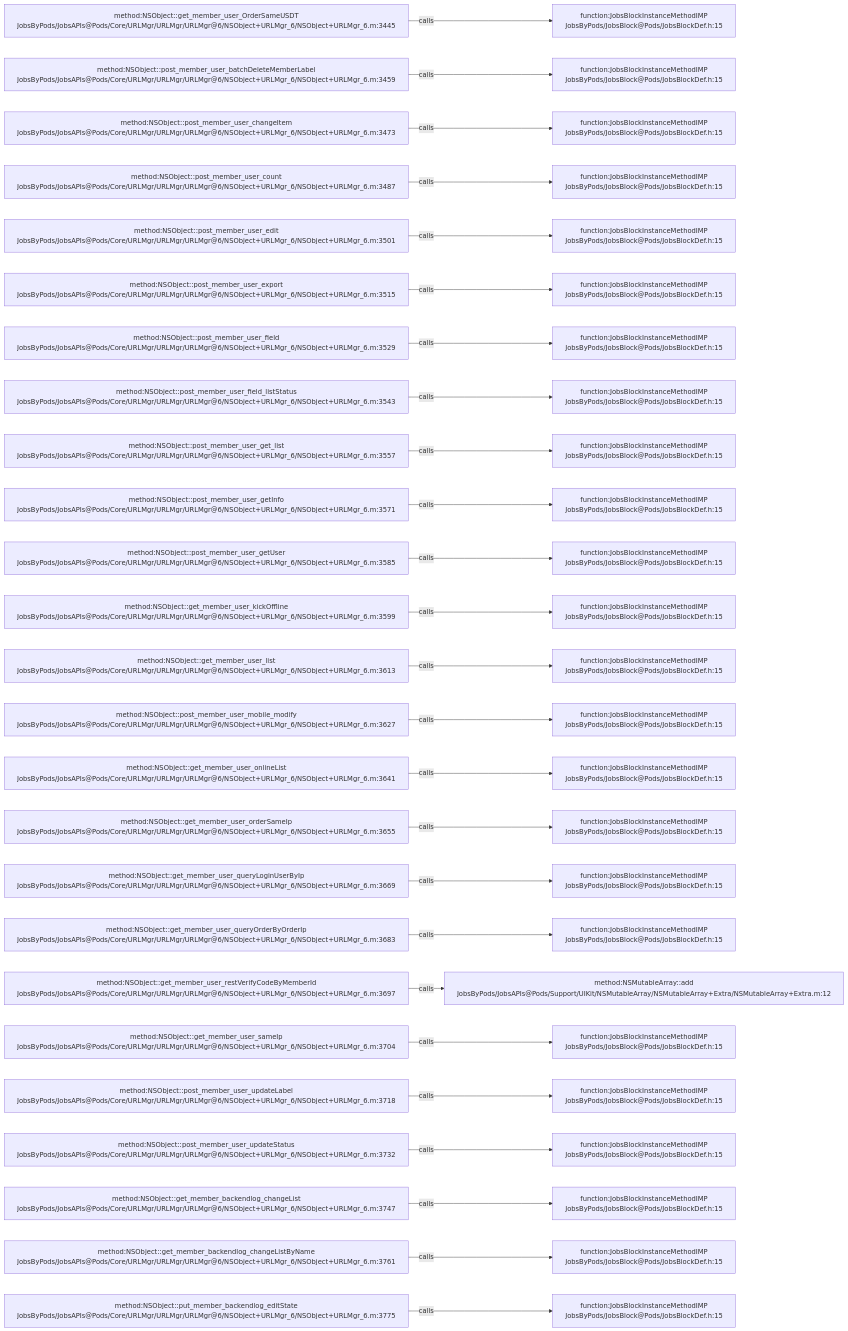
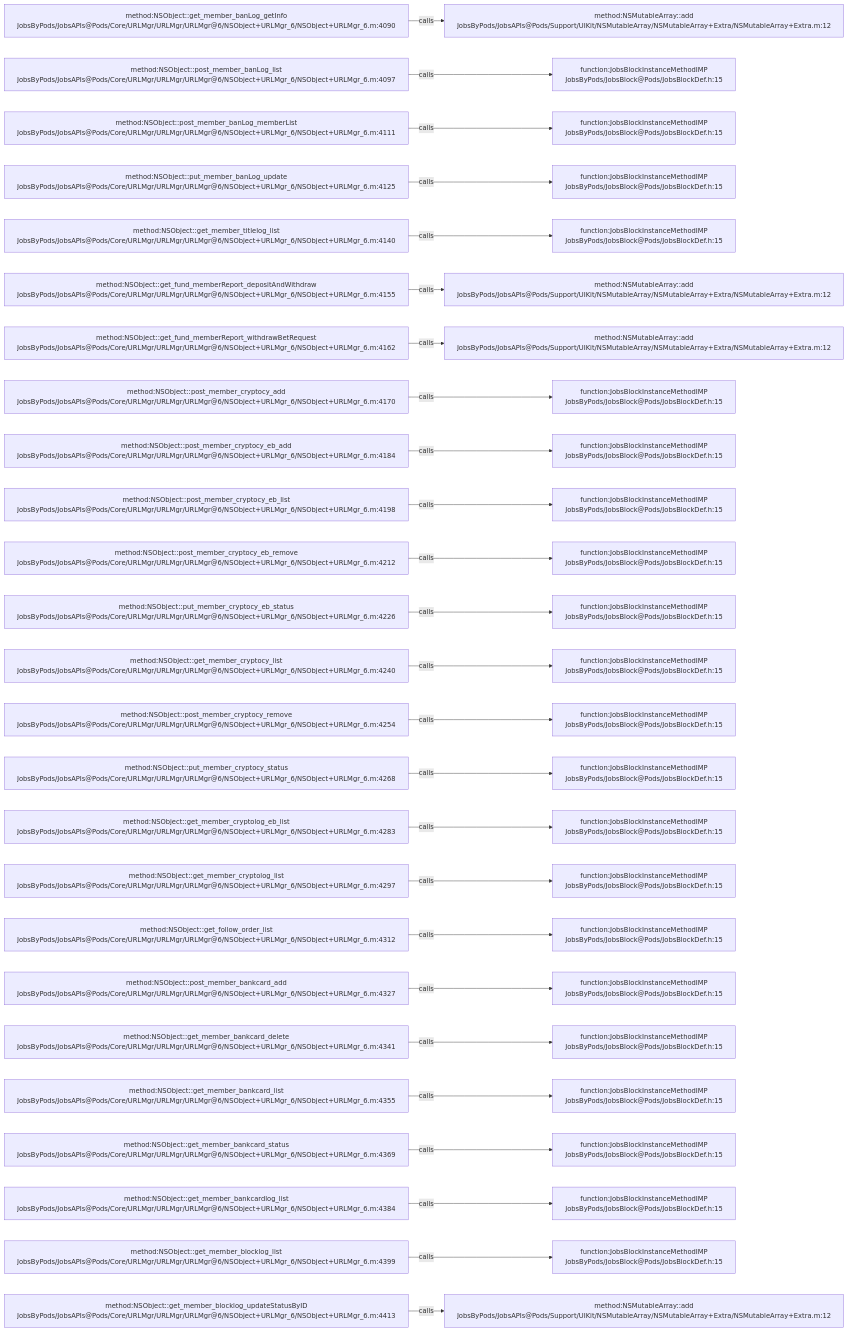
Before and after one commit to JobsKits/JobsOCBaseConfigDemo: the diagram in .codegraph/codegraph.md/graphs/calls-077.md, drawn with Mermaid. The commit also changed 223 other files, not shown here.

````diff
--- a/.codegraph/codegraph.md/graphs/calls-077.md
+++ b/.codegraph/codegraph.md/graphs/calls-077.md
@@ -13,78 +13,78 @@
 ```mermaid
 flowchart LR
-  S1["method:NSObject::get_member_user_OrderSameUSDT<br/>JobsByPods/JobsAPIs@Pods/Core/URLMgr/URLMgr/URLMgr@6/NSObject+URLMgr_6/NSObject+URLMgr_6.m:3445"]
-  T1["function:JobsBlockInstanceMethodIMP<br/>JobsByPods/JobsBlock@Pods/JobsBlockDef.h:15"]
+  S1["method:NSObject::get_member_banLog_getInfo<br/>JobsByPods/JobsAPIs@Pods/Core/URLMgr/URLMgr/URLMgr@6/NSObject+URLMgr_6/NSObject+URLMgr_6.m:4090"]
+  T1["method:NSMutableArray::add<br/>JobsByPods/JobsAPIs@Pods/Support/UIKit/NSMutableArray/NSMutableArray+Extra/NSMutableArray+Extra.m:12"]
   S1 -->|calls| T1
-  S2["method:NSObject::post_member_user_batchDeleteMemberLabel<br/>JobsByPods/JobsAPIs@Pods/Core/URLMgr/URLMgr/URLMgr@6/NSObject+URLMgr_6/NSObject+URLMgr_6.m:3459"]
+  S2["method:NSObject::post_member_banLog_list<br/>JobsByPods/JobsAPIs@Pods/Core/URLMgr/URLMgr/URLMgr@6/NSObject+URLMgr_6/NSObject+URLMgr_6.m:4097"]
   T2["function:JobsBlockInstanceMethodIMP<br/>JobsByPods/JobsBlock@Pods/JobsBlockDef.h:15"]
   S2 -->|calls| T2
-  S3["method:NSObject::post_member_user_changeItem<br/>JobsByPods/JobsAPIs@Pods/Core/URLMgr/URLMgr/URLMgr@6/NSObject+URLMgr_6/NSObject+URLMgr_6.m:3473"]
+  S3["method:NSObject::post_member_banLog_memberList<br/>JobsByPods/JobsAPIs@Pods/Core/URLMgr/URLMgr/URLMgr@6/NSObject+URLMgr_6/NSObject+URLMgr_6.m:4111"]
   T3["function:JobsBlockInstanceMethodIMP<br/>JobsByPods/JobsBlock@Pods/JobsBlockDef.h:15"]
   S3 -->|calls| T3
-  S4["method:NSObject::post_member_user_count<br/>JobsByPods/JobsAPIs@Pods/Core/URLMgr/URLMgr/URLMgr@6/NSObject+URLMgr_6/NSObject+URLMgr_6.m:3487"]
+  S4["method:NSObject::put_member_banLog_update<br/>JobsByPods/JobsAPIs@Pods/Core/URLMgr/URLMgr/URLMgr@6/NSObject+URLMgr_6/NSObject+URLMgr_6.m:4125"]
   T4["function:JobsBlockInstanceMethodIMP<br/>JobsByPods/JobsBlock@Pods/JobsBlockDef.h:15"]
   S4 -->|calls| T4
-  S5["method:NSObject::post_member_user_edit<br/>JobsByPods/JobsAPIs@Pods/Core/URLMgr/URLMgr/URLMgr@6/NSObject+URLMgr_6/NSObject+URLMgr_6.m:3501"]
+  S5["method:NSObject::get_member_titlelog_list<br/>JobsByPods/JobsAPIs@Pods/Core/URLMgr/URLMgr/URLMgr@6/NSObject+URLMgr_6/NSObject+URLMgr_6.m:4140"]
   T5["function:JobsBlockInstanceMethodIMP<br/>JobsByPods/JobsBlock@Pods/JobsBlockDef.h:15"]
   S5 -->|calls| T5
-  S6["method:NSObject::post_member_user_export<br/>JobsByPods/JobsAPIs@Pods/Core/URLMgr/URLMgr/URLMgr@6/NSObject+URLMgr_6/NSObject+URLMgr_6.m:3515"]
-  T6["function:JobsBlockInstanceMethodIMP<br/>JobsByPods/JobsBlock@Pods/JobsBlockDef.h:15"]
+  S6["method:NSObject::get_fund_memberReport_depositAndWithdraw<br/>JobsByPods/JobsAPIs@Pods/Core/URLMgr/URLMgr/URLMgr@6/NSObject+URLMgr_6/NSObject+URLMgr_6.m:4155"]
+  T6["method:NSMutableArray::add<br/>JobsByPods/JobsAPIs@Pods/Support/UIKit/NSMutableArray/NSMutableArray+Extra/NSMutableArray+Extra.m:12"]
   S6 -->|calls| T6
-  S7["method:NSObject::post_member_user_field<br/>JobsByPods/JobsAPIs@Pods/Core/URLMgr/URLMgr/URLMgr@6/NSObject+URLMgr_6/NSObject+URLMgr_6.m:3529"]
-  T7["function:JobsBlockInstanceMethodIMP<br/>JobsByPods/JobsBlock@Pods/JobsBlockDef.h:15"]
+  S7["method:NSObject::get_fund_memberReport_withdrawBetRequest<br/>JobsByPods/JobsAPIs@Pods/Core/URLMgr/URLMgr/URLMgr@6/NSObject+URLMgr_6/NSObject+URLMgr_6.m:4162"]
+  T7["method:NSMutableArray::add<br/>JobsByPods/JobsAPIs@Pods/Support/UIKit/NSMutableArray/NSMutableArray+Extra/NSMutableArray+Extra.m:12"]
   S7 -->|calls| T7
-  S8["method:NSObject::post_member_user_field_listStatus<br/>JobsByPods/JobsAPIs@Pods/Core/URLMgr/URLMgr/URLMgr@6/NSObject+URLMgr_6/NSObject+URLMgr_6.m:3543"]
+  S8["method:NSObject::post_member_cryptocy_add<br/>JobsByPods/JobsAPIs@Pods/Core/URLMgr/URLMgr/URLMgr@6/NSObject+URLMgr_6/NSObject+URLMgr_6.m:4170"]
   T8["function:JobsBlockInstanceMethodIMP<br/>JobsByPods/JobsBlock@Pods/JobsBlockDef.h:15"]
   S8 -->|calls| T8
-  S9["method:NSObject::post_member_user_get_list<br/>JobsByPods/JobsAPIs@Pods/Core/URLMgr/URLMgr/URLMgr@6/NSObject+URLMgr_6/NSObject+URLMgr_6.m:3557"]
+  S9["method:NSObject::post_member_cryptocy_eb_add<br/>JobsByPods/JobsAPIs@Pods/Core/URLMgr/URLMgr/URLMgr@6/NSObject+URLMgr_6/NSObject+URLMgr_6.m:4184"]
   T9["function:JobsBlockInstanceMethodIMP<br/>JobsByPods/JobsBlock@Pods/JobsBlockDef.h:15"]
   S9 -->|calls| T9
-  S10["method:NSObject::post_member_user_getInfo<br/>JobsByPods/JobsAPIs@Pods/Core/URLMgr/URLMgr/URLMgr@6/NSObject+URLMgr_6/NSObject+URLMgr_6.m:3571"]
+  S10["method:NSObject::post_member_cryptocy_eb_list<br/>JobsByPods/JobsAPIs@Pods/Core/URLMgr/URLMgr/URLMgr@6/NSObject+URLMgr_6/NSObject+URLMgr_6.m:4198"]
   T10["function:JobsBlockInstanceMethodIMP<br/>JobsByPods/JobsBlock@Pods/JobsBlockDef.h:15"]
   S10 -->|calls| T10
-  S11["method:NSObject::post_member_user_getUser<br/>JobsByPods/JobsAPIs@Pods/Core/URLMgr/URLMgr/URLMgr@6/NSObject+URLMgr_6/NSObject+URLMgr_6.m:3585"]
+  S11["method:NSObject::post_member_cryptocy_eb_remove<br/>JobsByPods/JobsAPIs@Pods/Core/URLMgr/URLMgr/URLMgr@6/NSObject+URLMgr_6/NSObject+URLMgr_6.m:4212"]
   T11["function:JobsBlockInstanceMethodIMP<br/>JobsByPods/JobsBlock@Pods/JobsBlockDef.h:15"]
   S11 -->|calls| T11
-  S12["method:NSObject::get_member_user_kickOffline<br/>JobsByPods/JobsAPIs@Pods/Core/URLMgr/URLMgr/URLMgr@6/NSObject+URLMgr_6/NSObject+URLMgr_6.m:3599"]
+  S12["method:NSObject::put_member_cryptocy_eb_status<br/>JobsByPods/JobsAPIs@Pods/Core/URLMgr/URLMgr/URLMgr@6/NSObject+URLMgr_6/NSObject+URLMgr_6.m:4226"]
   T12["function:JobsBlockInstanceMethodIMP<br/>JobsByPods/JobsBlock@Pods/JobsBlockDef.h:15"]
   S12 -->|calls| T12
-  S13["method:NSObject::get_member_user_list<br/>JobsByPods/JobsAPIs@Pods/Core/URLMgr/URLMgr/URLMgr@6/NSObject+URLMgr_6/NSObject+URLMgr_6.m:3613"]
+  S13["method:NSObject::get_member_cryptocy_list<br/>JobsByPods/JobsAPIs@Pods/Core/URLMgr/URLMgr/URLMgr@6/NSObject+URLMgr_6/NSObject+URLMgr_6.m:4240"]
   T13["function:JobsBlockInstanceMethodIMP<br/>JobsByPods/JobsBlock@Pods/JobsBlockDef.h:15"]
   S13 -->|calls| T13
-  S14["method:NSObject::post_member_user_mobile_modify<br/>JobsByPods/JobsAPIs@Pods/Core/URLMgr/URLMgr/URLMgr@6/NSObject+URLMgr_6/NSObject+URLMgr_6.m:3627"]
+  S14["method:NSObject::post_member_cryptocy_remove<br/>JobsByPods/JobsAPIs@Pods/Core/URLMgr/URLMgr/URLMgr@6/NSObject+URLMgr_6/NSObject+URLMgr_6.m:4254"]
   T14["function:JobsBlockInstanceMethodIMP<br/>JobsByPods/JobsBlock@Pods/JobsBlockDef.h:15"]
   S14 -->|calls| T14
-  S15["method:NSObject::get_member_user_onlineList<br/>JobsByPods/JobsAPIs@Pods/Core/URLMgr/URLMgr/URLMgr@6/NSObject+URLMgr_6/NSObject+URLMgr_6.m:3641"]
+  S15["method:NSObject::put_member_cryptocy_status<br/>JobsByPods/JobsAPIs@Pods/Core/URLMgr/URLMgr/URLMgr@6/NSObject+URLMgr_6/NSObject+URLMgr_6.m:4268"]
   T15["function:JobsBlockInstanceMethodIMP<br/>JobsByPods/JobsBlock@Pods/JobsBlockDef.h:15"]
   S15 -->|calls| T15
-  S16["method:NSObject::get_member_user_orderSameIp<br/>JobsByPods/JobsAPIs@Pods/Core/URLMgr/URLMgr/URLMgr@6/NSObject+URLMgr_6/NSObject+URLMgr_6.m:3655"]
+  S16["method:NSObject::get_member_cryptolog_eb_list<br/>JobsByPods/JobsAPIs@Pods/Core/URLMgr/URLMgr/URLMgr@6/NSObject+URLMgr_6/NSObject+URLMgr_6.m:4283"]
   T16["function:JobsBlockInstanceMethodIMP<br/>JobsByPods/JobsBlock@Pods/JobsBlockDef.h:15"]
   S16 -->|calls| T16
-  S17["method:NSObject::get_member_user_queryLoginUserByIp<br/>JobsByPods/JobsAPIs@Pods/Core/URLMgr/URLMgr/URLMgr@6/NSObject+URLMgr_6/NSObject+URLMgr_6.m:3669"]
+  S17["method:NSObject::get_member_cryptolog_list<br/>JobsByPods/JobsAPIs@Pods/Core/URLMgr/URLMgr/URLMgr@6/NSObject+URLMgr_6/NSObject+URLMgr_6.m:4297"]
   T17["function:JobsBlockInstanceMethodIMP<br/>JobsByPods/JobsBlock@Pods/JobsBlockDef.h:15"]
   S17 -->|calls| T17
-  S18["method:NSObject::get_member_user_queryOrderByOrderIp<br/>JobsByPods/JobsAPIs@Pods/Core/URLMgr/URLMgr/URLMgr@6/NSObject+URLMgr_6/NSObject+URLMgr_6.m:3683"]
+  S18["method:NSObject::get_follow_order_list<br/>JobsByPods/JobsAPIs@Pods/Core/URLMgr/URLMgr/URLMgr@6/NSObject+URLMgr_6/NSObject+URLMgr_6.m:4312"]
   T18["function:JobsBlockInstanceMethodIMP<br/>JobsByPods/JobsBlock@Pods/JobsBlockDef.h:15"]
   S18 -->|calls| T18
-  S19["method:NSObject::get_member_user_restVerifyCodeByMemberId<br/>JobsByPods/JobsAPIs@Pods/Core/URLMgr/URLMgr/URLMgr@6/NSObject+URLMgr_6/NSObject+URLMgr_6.m:3697"]
-  T19["method:NSMutableArray::add<br/>JobsByPods/JobsAPIs@Pods/Support/UIKit/NSMutableArray/NSMutableArray+Extra/NSMutableArray+Extra.m:12"]
+  S19["method:NSObject::post_member_bankcard_add<br/>JobsByPods/JobsAPIs@Pods/Core/URLMgr/URLMgr/URLMgr@6/NSObject+URLMgr_6/NSObject+URLMgr_6.m:4327"]
+  T19["function:JobsBlockInstanceMethodIMP<br/>JobsByPods/JobsBlock@Pods/JobsBlockDef.h:15"]
   S19 -->|calls| T19
-  S20["method:NSObject::get_member_user_sameIp<br/>JobsByPods/JobsAPIs@Pods/Core/URLMgr/URLMgr/URLMgr@6/NSObject+URLMgr_6/NSObject+URLMgr_6.m:3704"]
+  S20["method:NSObject::get_member_bankcard_delete<br/>JobsByPods/JobsAPIs@Pods/Core/URLMgr/URLMgr/URLMgr@6/NSObject+URLMgr_6/NSObject+URLMgr_6.m:4341"]
   T20["function:JobsBlockInstanceMethodIMP<br/>JobsByPods/JobsBlock@Pods/JobsBlockDef.h:15"]
   S20 -->|calls| T20
-  S21["method:NSObject::post_member_user_updateLabel<br/>JobsByPods/JobsAPIs@Pods/Core/URLMgr/URLMgr/URLMgr@6/NSObject+URLMgr_6/NSObject+URLMgr_6.m:3718"]
+  S21["method:NSObject::get_member_bankcard_list<br/>JobsByPods/JobsAPIs@Pods/Core/URLMgr/URLMgr/URLMgr@6/NSObject+URLMgr_6/NSObject+URLMgr_6.m:4355"]
   T21["function:JobsBlockInstanceMethodIMP<br/>JobsByPods/JobsBlock@Pods/JobsBlockDef.h:15"]
   S21 -->|calls| T21
-  S22["method:NSObject::post_member_user_updateStatus<br/>JobsByPods/JobsAPIs@Pods/Core/URLMgr/URLMgr/URLMgr@6/NSObject+URLMgr_6/NSObject+URLMgr_6.m:3732"]
+  S22["method:NSObject::get_member_bankcard_status<br/>JobsByPods/JobsAPIs@Pods/Core/URLMgr/URLMgr/URLMgr@6/NSObject+URLMgr_6/NSObject+URLMgr_6.m:4369"]
   T22["function:JobsBlockInstanceMethodIMP<br/>JobsByPods/JobsBlock@Pods/JobsBlockDef.h:15"]
   S22 -->|calls| T22
-  S23["method:NSObject::get_member_backendlog_changeList<br/>JobsByPods/JobsAPIs@Pods/Core/URLMgr/URLMgr/URLMgr@6/NSObject+URLMgr_6/NSObject+URLMgr_6.m:3747"]
+  S23["method:NSObject::get_member_bankcardlog_list<br/>JobsByPods/JobsAPIs@Pods/Core/URLMgr/URLMgr/URLMgr@6/NSObject+URLMgr_6/NSObject+URLMgr_6.m:4384"]
   T23["function:JobsBlockInstanceMethodIMP<br/>JobsByPods/JobsBlock@Pods/JobsBlockDef.h:15"]
   S23 -->|calls| T23
-  S24["method:NSObject::get_member_backendlog_changeListByName<br/>JobsByPods/JobsAPIs@Pods/Core/URLMgr/URLMgr/URLMgr@6/NSObject+URLMgr_6/NSObject+URLMgr_6.m:3761"]
+  S24["method:NSObject::get_member_blocklog_list<br/>JobsByPods/JobsAPIs@Pods/Core/URLMgr/URLMgr/URLMgr@6/NSObject+URLMgr_6/NSObject+URLMgr_6.m:4399"]
   T24["function:JobsBlockInstanceMethodIMP<br/>JobsByPods/JobsBlock@Pods/JobsBlockDef.h:15"]
   S24 -->|calls| T24
-  S25["method:NSObject::put_member_backendlog_editState<br/>JobsByPods/JobsAPIs@Pods/Core/URLMgr/URLMgr/URLMgr@6/NSObject+URLMgr_6/NSObject+URLMgr_6.m:3775"]
-  T25["function:JobsBlockInstanceMethodIMP<br/>JobsByPods/JobsBlock@Pods/JobsBlockDef.h:15"]
+  S25["method:NSObject::get_member_blocklog_updateStatusByID<br/>JobsByPods/JobsAPIs@Pods/Core/URLMgr/URLMgr/URLMgr@6/NSObject+URLMgr_6/NSObject+URLMgr_6.m:4413"]
+  T25["method:NSMutableArray::add<br/>JobsByPods/JobsAPIs@Pods/Support/UIKit/NSMutableArray/NSMutableArray+Extra/NSMutableArray+Extra.m:12"]
   S25 -->|calls| T25
 ```
````
